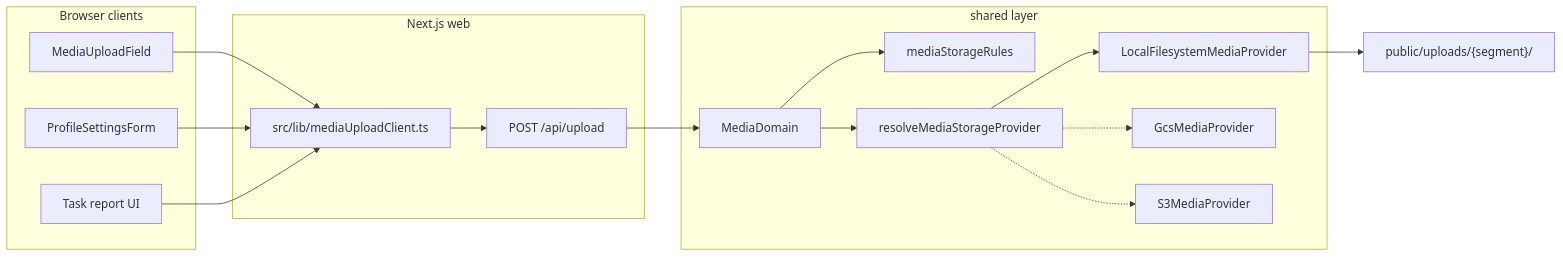
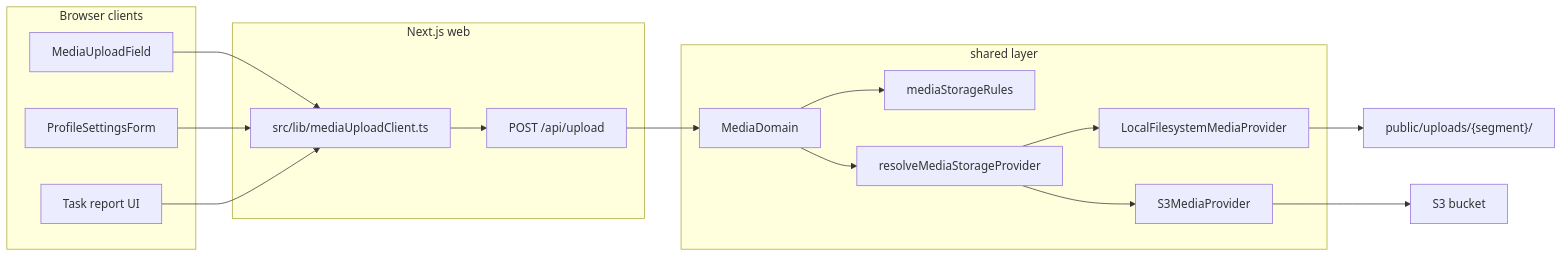
Before and after one commit to Loggy-4ya/system-for-local-organization: the diagram in .ai/docs/features/media_storage.md, drawn with Mermaid. The commit also changed other lines of this file and 119 other files, not shown here.

````diff
--- a/.ai/docs/features/media_storage.md
+++ b/.ai/docs/features/media_storage.md
@@ -23,34 +23,33 @@
 ```mermaid
 flowchart LR
   subgraph clients [Browser clients]
     Puck[MediaUploadField]
     Profile[ProfileSettingsForm]
     Future[Task report UI]
   end
 
   subgraph web [Next.js web]
     API["POST /api/upload"]
     Client[src/lib/mediaUploadClient.ts]
   end
 
   subgraph shared [shared layer]
     Domain[MediaDomain]
     Rules[mediaStorageRules]
     Provider[resolveMediaStorageProvider]
     Local[LocalFilesystemMediaProvider]
-    GCS[GcsMediaProvider]
     S3[S3MediaProvider]
   end
 
   Puck --> Client
   Profile --> Client
   Future --> Client
   Client --> API
   API --> Domain
   Domain --> Rules
   Domain --> Provider
   Provider --> Local
-  Provider -.-> GCS
-  Provider -.-> S3
+  Provider --> S3
   Local --> Public["public/uploads/{segment}/"]
+  S3 --> Bucket["S3 bucket"]
 ```
````
